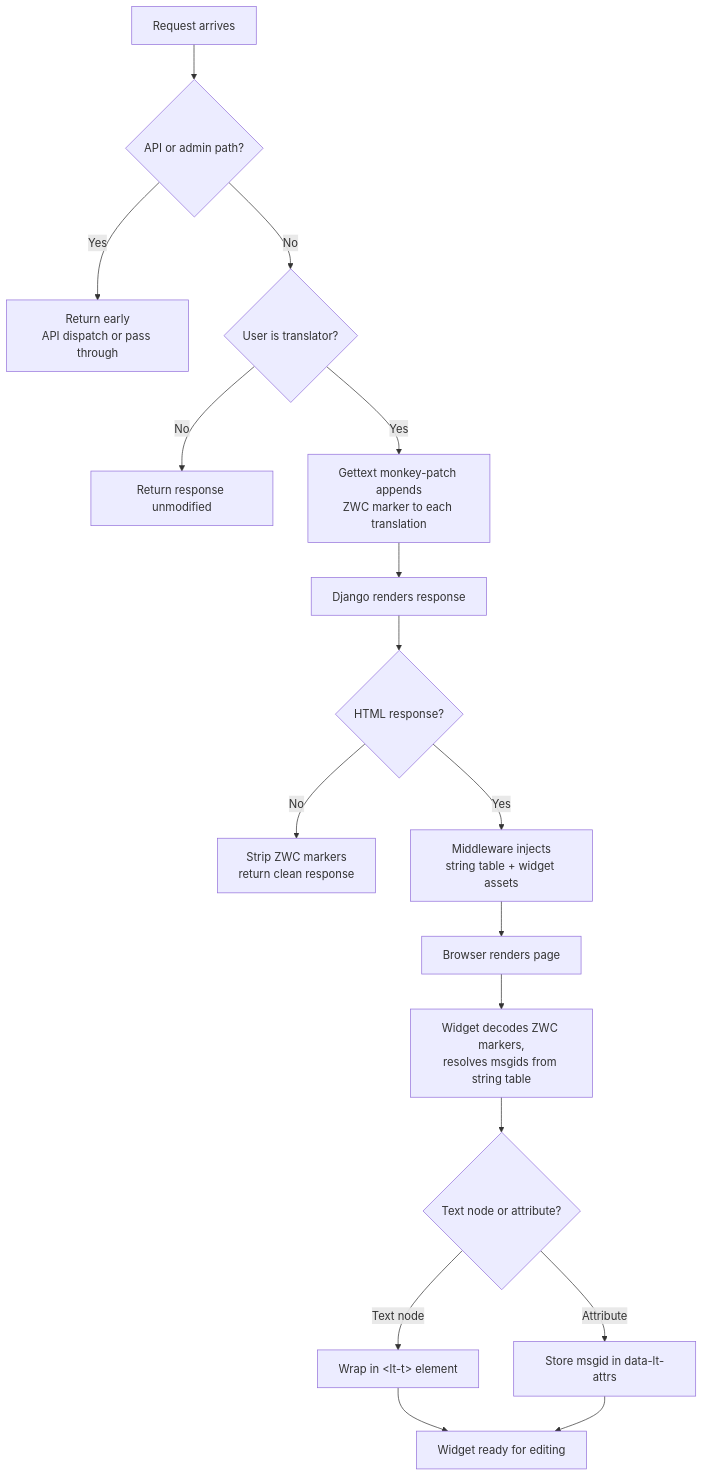
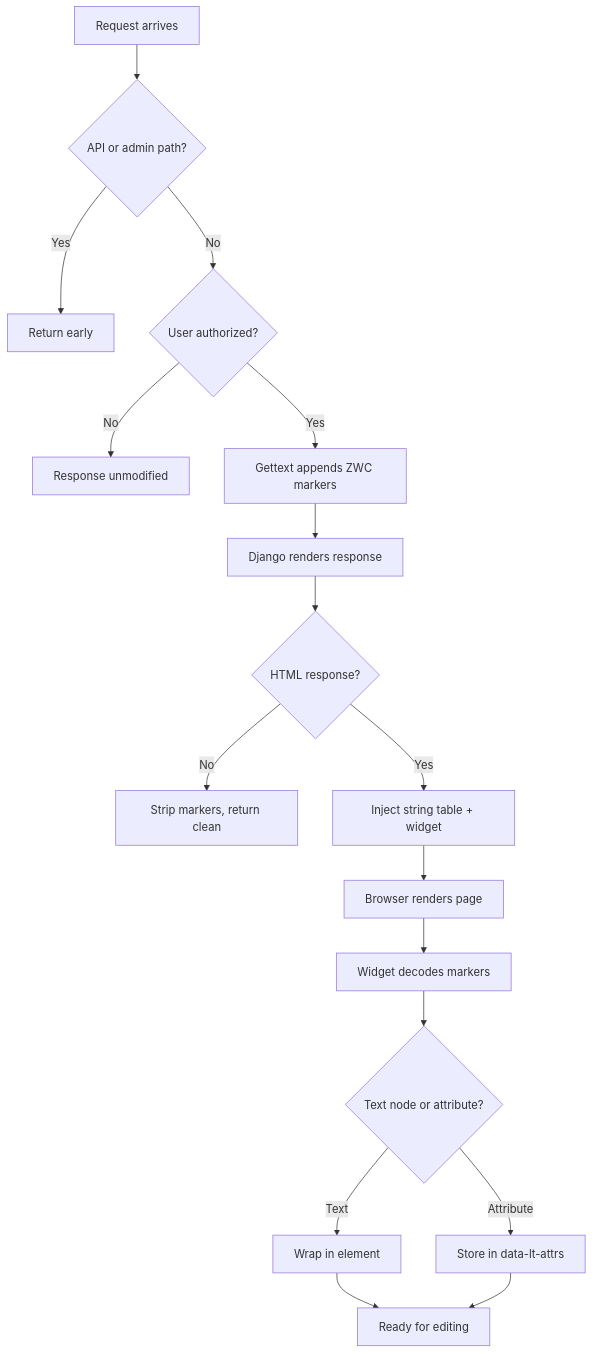
One commit to VojtechPetru/django-live-translations changed the diagram in docs/how-it-works.md. Above: the diagram before and after it, drawn with Mermaid. The commit also changed other lines of this file and 11 other files, not shown here.

````diff
--- a/docs/how-it-works.md
+++ b/docs/how-it-works.md
@@ -61,20 +12,20 @@
-``` mermaid
+```mermaid
 graph TD
     A[Request arrives] --> B{API or admin path?}
-    B -->|Yes| C[Return early<br>API dispatch or pass through]
-    B -->|No| D{User is translator?}
-    D -->|No| E[Return response unmodified]
+    B -->|Yes| C[Return early]
+    B -->|No| D{User authorized?}
+    D -->|No| E[Response unmodified]
 
-    D -->|Yes| F["Gettext monkey-patch appends<br>ZWC marker to each translation"]
+    D -->|Yes| F["Gettext appends ZWC markers"]
     F --> G[Django renders response]
     G --> H{HTML response?}
-    H -->|No| I[Strip ZWC markers<br>return clean response]
-    H -->|Yes| J[Middleware injects<br>string table + widget assets]
+    H -->|No| I[Strip markers, return clean]
+    H -->|Yes| J[Inject string table + widget]
     J --> K[Browser renders page]
-    K --> L["Widget decodes ZWC markers,<br>resolves msgids from string table"]
+    K --> L["Widget decodes markers"]
     L --> M{Text node or attribute?}
-    M -->|Text node| N["Wrap in &lt;lt-t&gt; element"]
-    M -->|Attribute| O["Store msgid in data-lt-attrs"]
-    N --> P[Widget ready for editing]
+    M -->|Text| N["Wrap in <lt-t> element"]
+    M -->|Attribute| O["Store in data-lt-attrs"]
+    N --> P[Ready for editing]
     O --> P
 ```
````
